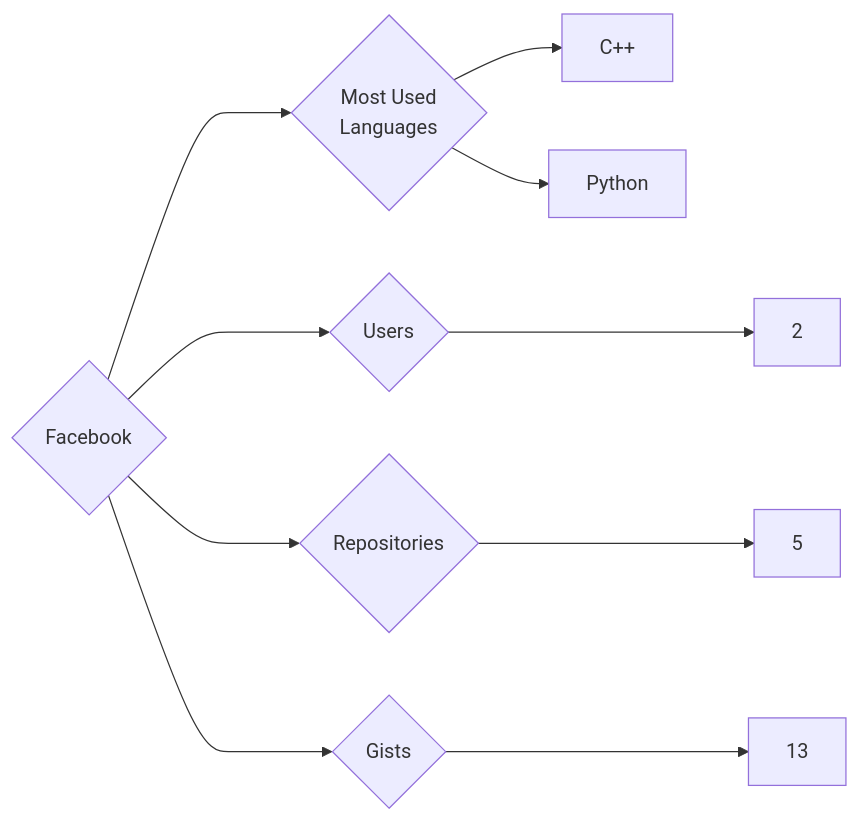
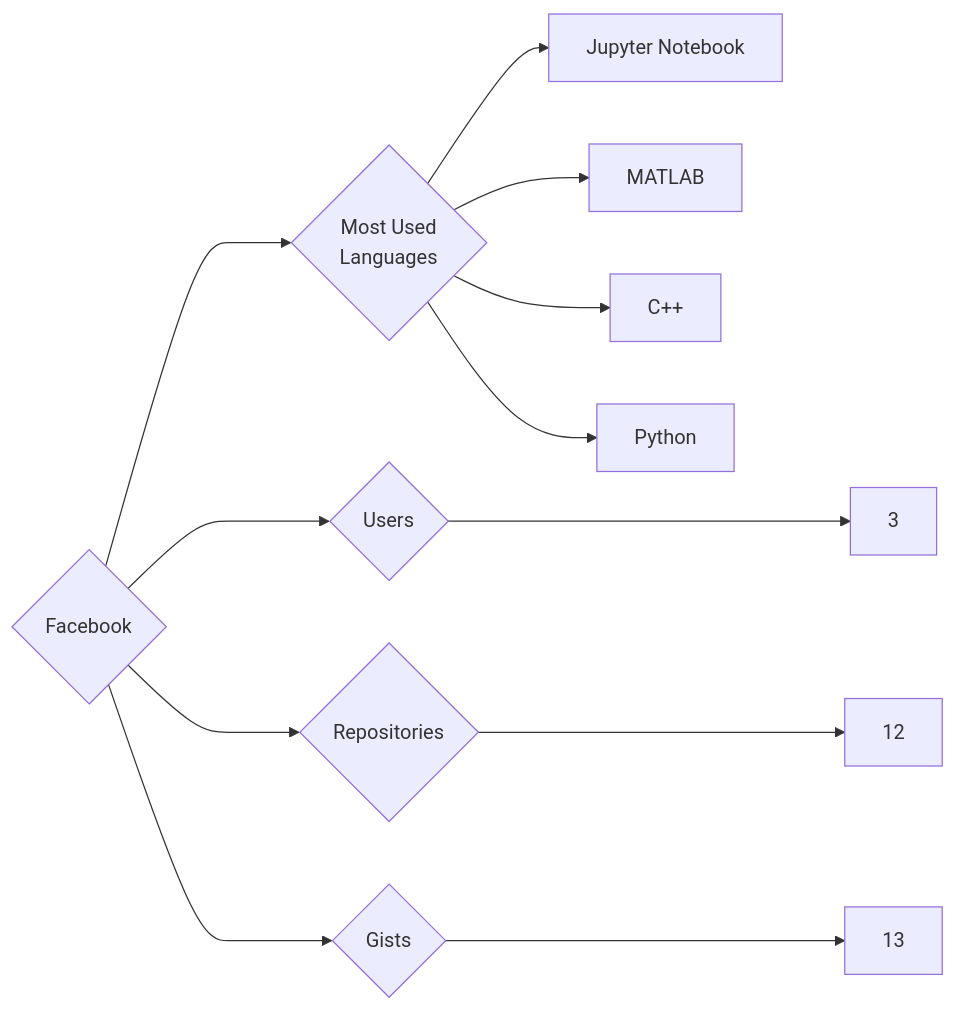
The diagram in targets/Facebook/README.md (trickest/insiders), drawn with Mermaid before and after one commit. The commit also changed 859 other files, not shown here.

````diff
--- a/targets/Facebook/README.md
+++ b/targets/Facebook/README.md
@@ -3,10 +3,12 @@
 ```mermaid
 graph LR
 COMPANY_NAME{Facebook}
-COMPANY_NAME ---> U{Users} ---> UN[2]
-COMPANY_NAME ---> R{Repositories} ---> RN[5]
+COMPANY_NAME ---> U{Users} ---> UN[3]
+COMPANY_NAME ---> R{Repositories} ---> RN[12]
 COMPANY_NAME ---> G{Gists} ---> GN[13]
 COMPANY_NAME ---> ML{Most Used<br>Languages}
+ML --> Jupyter_Notebook[Jupyter Notebook]
+ML --> MATLAB[MATLAB]
 ML --> C++[C++]
 ML --> Python[Python]
 ```
````
